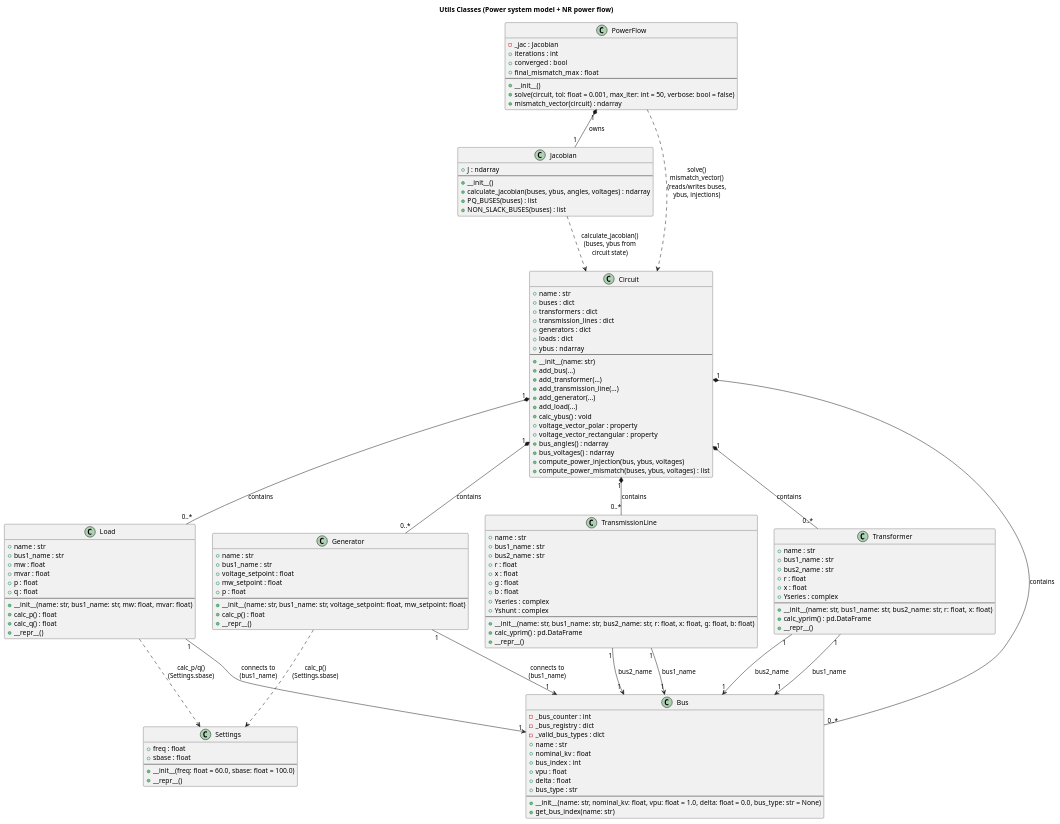
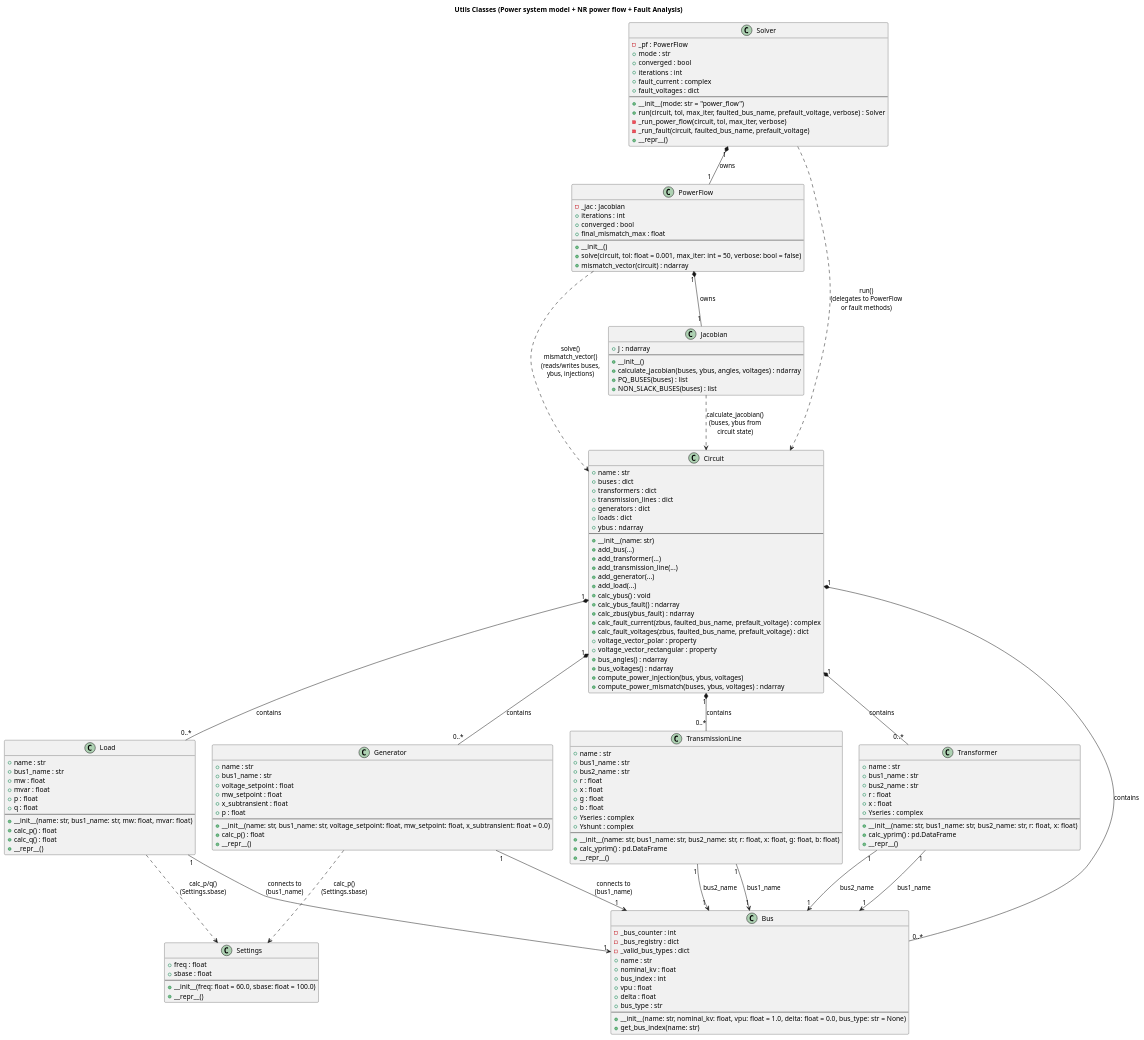
One commit to AndreGilchrist-Pitt/Project-2-Main-Simulator changed the diagram in Src/Utils/ClassDiagrams/ClassDiagrams.puml. Above: the diagram before and after it, drawn with PlantUML. The commit also changed 4 other files, not shown here.

```diff
--- a/Src/Utils/ClassDiagrams/ClassDiagrams.puml
+++ b/Src/Utils/ClassDiagrams/ClassDiagrams.puml
@@ -1,147 +1,170 @@
 @startuml
-title Utils Classes (Power system model + NR power flow)
+title Utils Classes (Power system model + NR power flow + Fault Analysis)
 
 class Settings {
   +freq : float
   +sbase : float
   --
   +__init__(freq: float = 60.0, sbase: float = 100.0)
   +__repr__()
 }
 
 class Bus {
   -_bus_counter : int
   -_bus_registry : dict
   -_valid_bus_types : dict
   +name : str
   +nominal_kv : float
   +bus_index : int
   +vpu : float
   +delta : float
   +bus_type : str
   --
   +__init__(name: str, nominal_kv: float, vpu: float = 1.0, delta: float = 0.0, bus_type: str = None)
   +get_bus_index(name: str)
 }
 
 class Generator {
   +name : str
   +bus1_name : str
   +voltage_setpoint : float
   +mw_setpoint : float
+  +x_subtransient : float
   +p : float
   --
-  +__init__(name: str, bus1_name: str, voltage_setpoint: float, mw_setpoint: float)
+  +__init__(name: str, bus1_name: str, voltage_setpoint: float, mw_setpoint: float, x_subtransient: float = 0.0)
   +calc_p() : float
   +__repr__()
 }
 
 class Load {
   +name : str
   +bus1_name : str
   +mw : float
   +mvar : float
   +p : float
   +q : float
   --
   +__init__(name: str, bus1_name: str, mw: float, mvar: float)
   +calc_p() : float
   +calc_q() : float
   +__repr__()
 }
 
 class Transformer {
   +name : str
   +bus1_name : str
   +bus2_name : str
   +r : float
   +x : float
   +Yseries : complex
   --
   +__init__(name: str, bus1_name: str, bus2_name: str, r: float, x: float)
   +calc_yprim() : pd.DataFrame
   +__repr__()
 }
 
 class TransmissionLine {
   +name : str
   +bus1_name : str
   +bus2_name : str
   +r : float
   +x : float
   +g : float
   +b : float
   +Yseries : complex
   +Yshunt : complex
   --
   +__init__(name: str, bus1_name: str, bus2_name: str, r: float, x: float, g: float, b: float)
   +calc_yprim() : pd.DataFrame
   +__repr__()
 }
 
 class Circuit {
   +name : str
   +buses : dict
   +transformers : dict
   +transmission_lines : dict
   +generators : dict
   +loads : dict
   +ybus : ndarray
   --
   +__init__(name: str)
   +add_bus(...)
   +add_transformer(...)
   +add_transmission_line(...)
   +add_generator(...)
   +add_load(...)
   +calc_ybus() : void
+  +calc_ybus_fault() : ndarray
+  +calc_zbus(ybus_fault) : ndarray
+  +calc_fault_current(zbus, faulted_bus_name, prefault_voltage) : complex
+  +calc_fault_voltages(zbus, faulted_bus_name, prefault_voltage) : dict
   +voltage_vector_polar : property
   +voltage_vector_rectangular : property
   +bus_angles() : ndarray
   +bus_voltages() : ndarray
   +compute_power_injection(bus, ybus, voltages)
-  +compute_power_mismatch(buses, ybus, voltages) : list
+  +compute_power_mismatch(buses, ybus, voltages) : ndarray
 }
 
 class Jacobian {
   +J : ndarray
   --
   +__init__()
   +calculate_jacobian(buses, ybus, angles, voltages) : ndarray
   +PQ_BUSES(buses) : list
   +NON_SLACK_BUSES(buses) : list
 }
 
 class PowerFlow {
   -_jac : Jacobian
   +iterations : int
   +converged : bool
   +final_mismatch_max : float
   --
   +__init__()
   +solve(circuit, tol: float = 0.001, max_iter: int = 50, verbose: bool = false)
   +mismatch_vector(circuit) : ndarray
+}
+
+class Solver {
+  -_pf : PowerFlow
+  +mode : str
+  +converged : bool
+  +iterations : int
+  +fault_current : complex
+  +fault_voltages : dict
+  --
+  +__init__(mode: str = "power_flow")
+  +run(circuit, tol, max_iter, faulted_bus_name, prefault_voltage, verbose) : Solver
+  -_run_power_flow(circuit, tol, max_iter, verbose)
+  -_run_fault(circuit, faulted_bus_name, prefault_voltage)
+  +__repr__()
 }
 
 Circuit "1" *-- "0..*" Bus : contains
 Circuit "1" *-- "0..*" Transformer : contains
 Circuit "1" *-- "0..*" TransmissionLine : contains
 Circuit "1" *-- "0..*" Generator : contains
 Circuit "1" *-- "0..*" Load : contains
 
 Generator ..> Settings : calc_p()\n(Settings.sbase)
 Load ..> Settings : calc_p/q()\n(Settings.sbase)
 
 Generator "1" --> "1" Bus : connects to\n(bus1_name)
 Load "1" --> "1" Bus : connects to\n(bus1_name)
 Transformer "1" --> "1" Bus : bus1_name
 Transformer "1" --> "1" Bus : bus2_name
 TransmissionLine "1" --> "1" Bus : bus1_name
 TransmissionLine "1" --> "1" Bus : bus2_name
 
 PowerFlow "1" *-- "1" Jacobian : owns
 PowerFlow ..> Circuit : solve()\nmismatch_vector()\n(reads/writes buses,\nybus, injections)
 
 Jacobian ..> Circuit : calculate_jacobian()\n(buses, ybus from\ncircuit state)
 
+Solver "1" *-- "1" PowerFlow : owns
+Solver ..> Circuit : run()\n(delegates to PowerFlow\nor fault methods)
+
 @enduml
```
